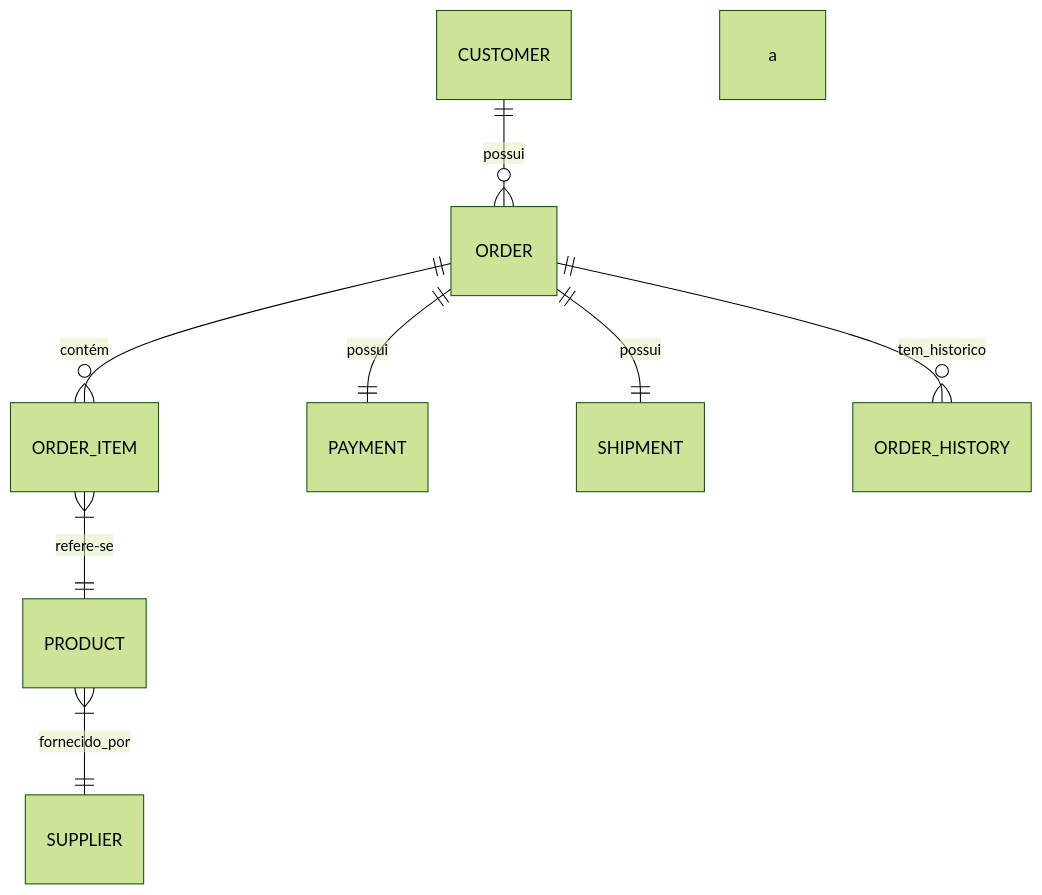
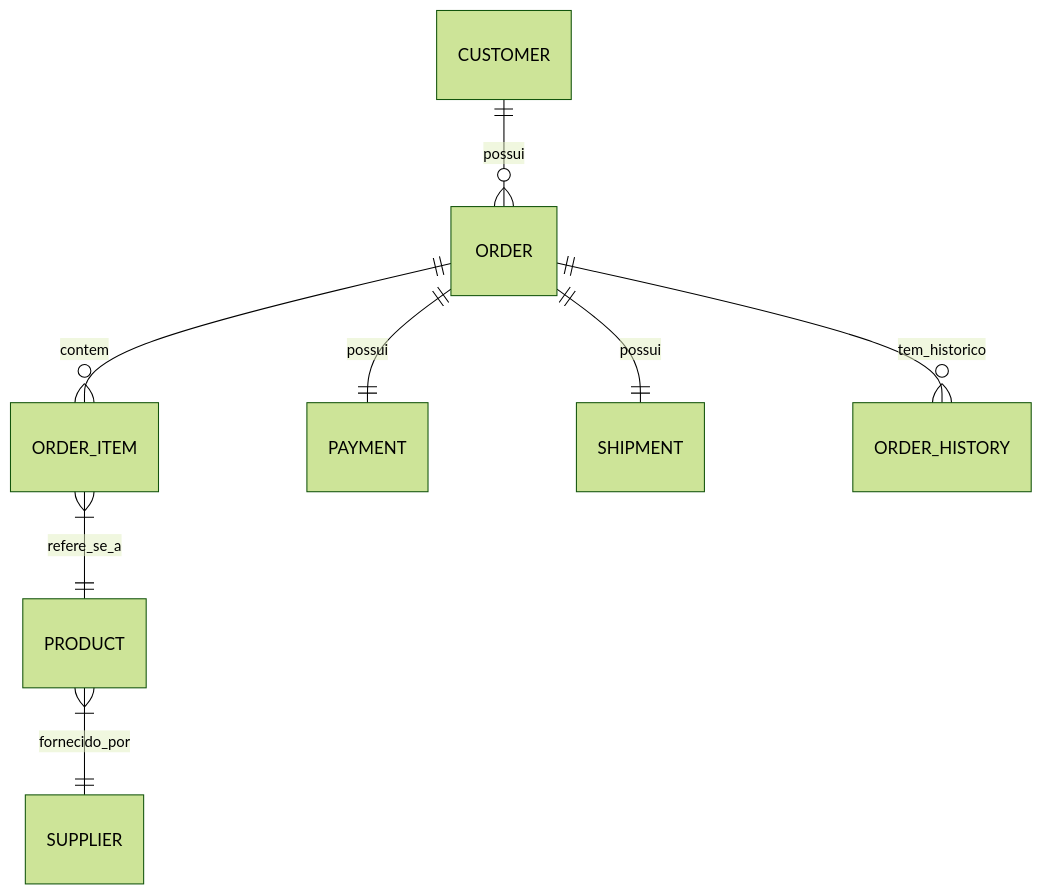
The diagram in README.md (guimaraes/ordermanager), drawn with Mermaid (forest theme) before and after one commit.

````diff
--- a/README.md
+++ b/README.md
@@ -108,10 +108,10 @@
 ```mermaid
 erDiagram
     CUSTOMER ||--o{ ORDER : possui
-    ORDER ||--o{ ORDER_ITEM : contém
-    ORDER_ITEM }|--|| PRODUCT : refere-se a
+    ORDER ||--o{ ORDER_ITEM : contem
+    ORDER_ITEM }|--|| PRODUCT : refere_se_a
     PRODUCT }|--|| SUPPLIER : fornecido_por
     ORDER ||--|| PAYMENT : possui
     ORDER ||--|| SHIPMENT : possui
     ORDER ||--o{ ORDER_HISTORY : tem_historico
-```
+``` 
````
